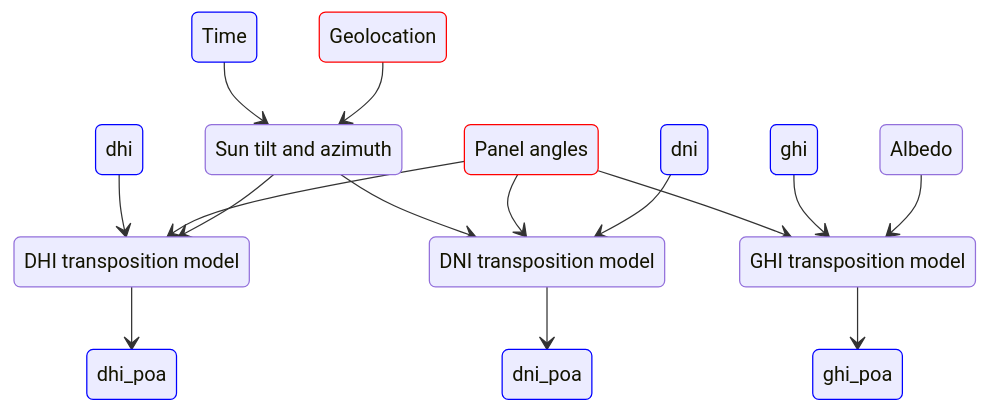
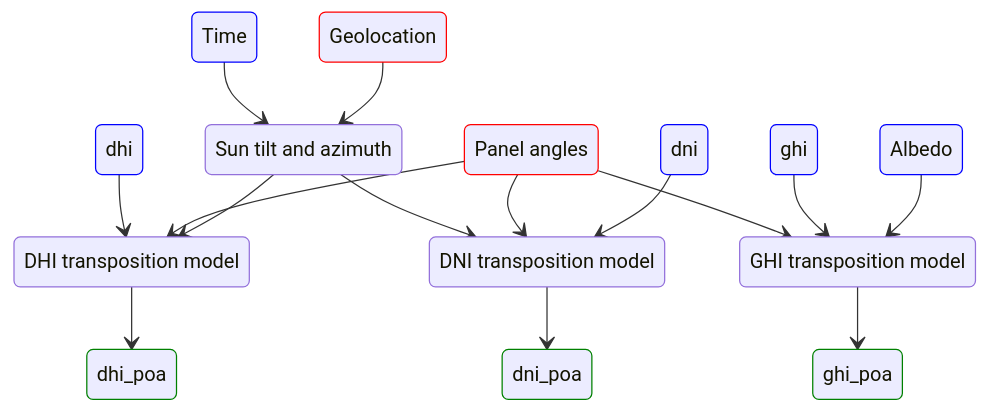
One commit to TimoSalola/fmi_pv_forecaster changed the fifth of 9 diagrams in model_explained.md. Above: the diagram before and after it, drawn with Mermaid. The commit also changed other lines of this file and 2 other files, not shown here.

Commit message:
Model explanation section rewritten. Looks nicer now. Still some reworking to do.

````diff
--- a/model_explained.md
+++ b/model_explained.md
@@ -271,53 +343,60 @@
 ```mermaid
 
 stateDiagram-v2
     
     classDef constant stroke:red
      classDef optional_constant stroke:orange
      classDef conditional_constant stroke:yellow
      classDef df stroke:blue
+     classDef newdf stroke:green
      
+     class dni, dhi, ghi, dni_poa, ghi_poa, dhi_poa, albedo, time df
+     class dni_poa, ghi_poa, dhi_poa newdf
      
-     class dni, dhi, ghi, dni_poa, ghi_poa, dhi_poa, time df
      class panel_angles, geo constant 
+     
      
      time : Time
      geo : Geolocation
     
     dni : dni
     dhi : dhi
     ghi : ghi
-    perez : DHI transposition model
+    
     dni_fun : DNI transposition model
     ghi_fun : GHI transposition model
+    perez : DHI transposition model
+    
     albedo : Albedo
     sun_pos : Sun tilt and azimuth
+    
     dni_poa : dni_poa
     dhi_poa : dhi_poa
     ghi_poa : ghi_poa
+    
     panel_angles : Panel angles
     
     
     time --> sun_pos
     geo --> sun_pos
     
     
     dhi --> perez
     panel_angles --> perez
     sun_pos --> perez
     
     perez --> dhi_poa
     
     
     sun_pos --> dni_fun
     panel_angles -->dni_fun
     dni --> dni_fun
     
     dni_fun--> dni_poa
     
     
     panel_angles--> ghi_fun
     ghi --> ghi_fun
     albedo -->ghi_fun
     ghi_fun--> ghi_poa
 ```
````
